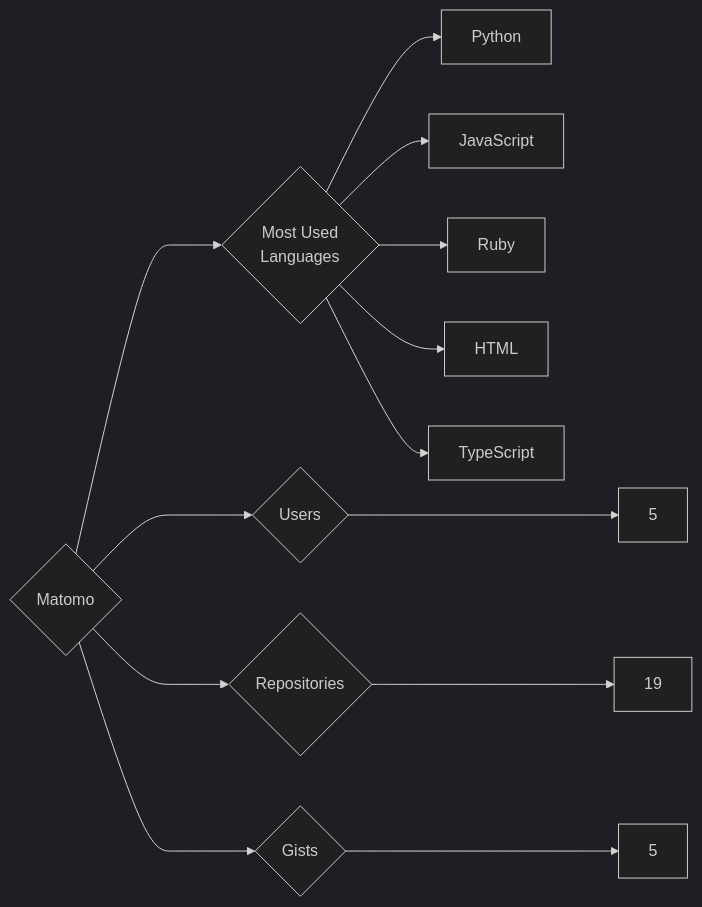
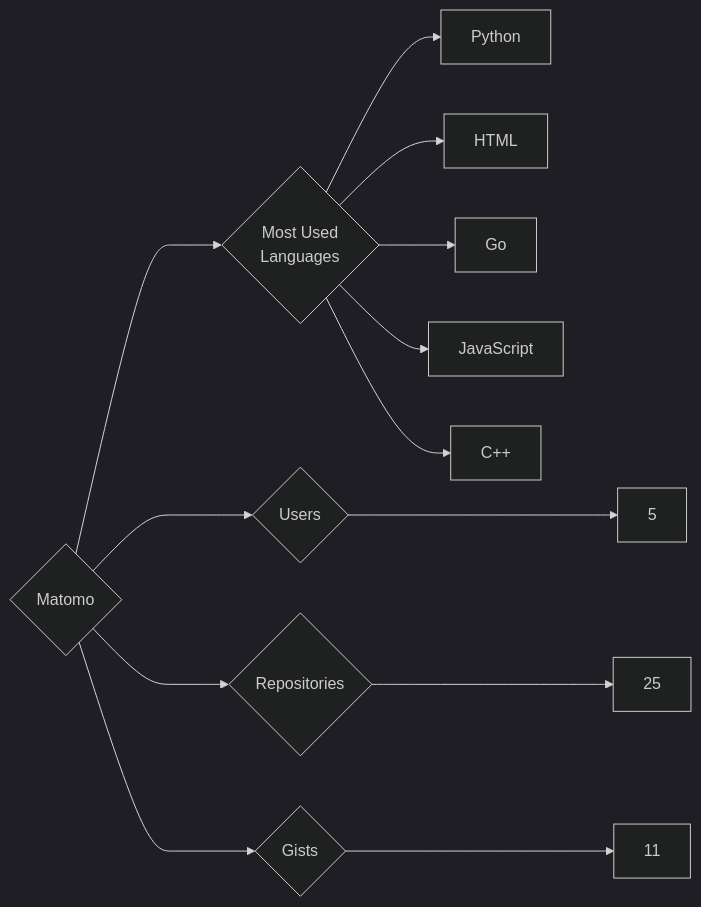
One commit to trickest/insiders changed the diagram in targets/Matomo/README.md. Above: the diagram before and after it, drawn with Mermaid (dark theme). The commit also changed 1389 other files, not shown here.

````diff
--- a/targets/Matomo/README.md
+++ b/targets/Matomo/README.md
@@ -3,13 +3,13 @@
 ```mermaid
 graph LR
 COMPANY_NAME{Matomo}
 COMPANY_NAME ---> U{Users} ---> UN[5]
-COMPANY_NAME ---> R{Repositories} ---> RN[19]
-COMPANY_NAME ---> G{Gists} ---> GN[5]
+COMPANY_NAME ---> R{Repositories} ---> RN[25]
+COMPANY_NAME ---> G{Gists} ---> GN[11]
 COMPANY_NAME ---> ML{Most Used<br>Languages}
 ML --> Python[Python]
+ML --> HTML[HTML]
+ML --> Go[Go]
 ML --> JavaScript[JavaScript]
-ML --> Ruby[Ruby]
-ML --> HTML[HTML]
-ML --> TypeScript[TypeScript]
+ML --> C++[C++]
 ```
````
